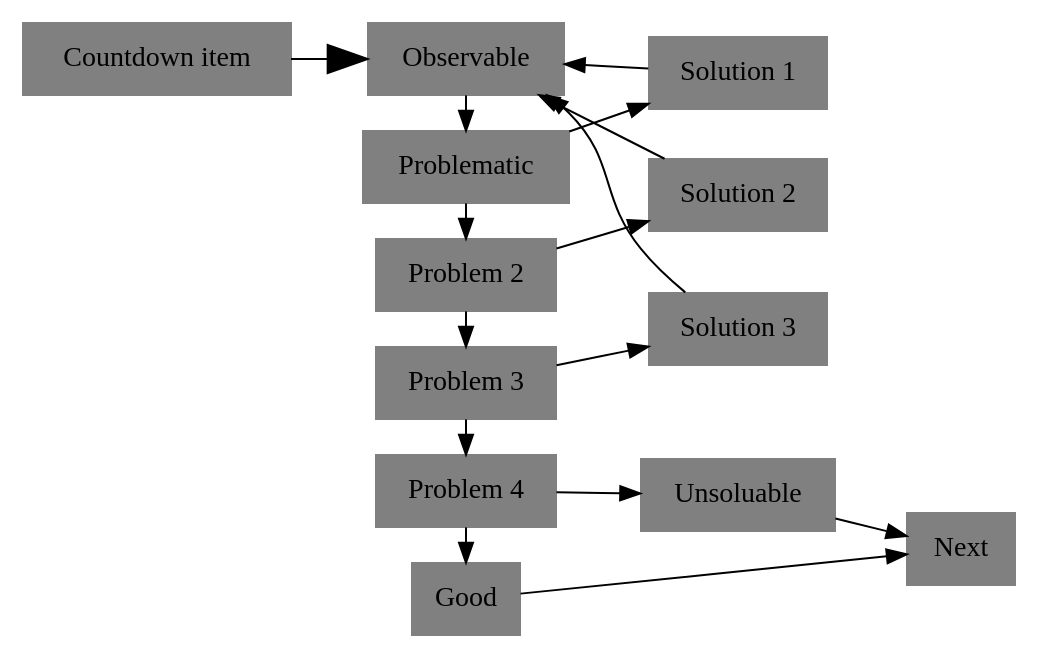
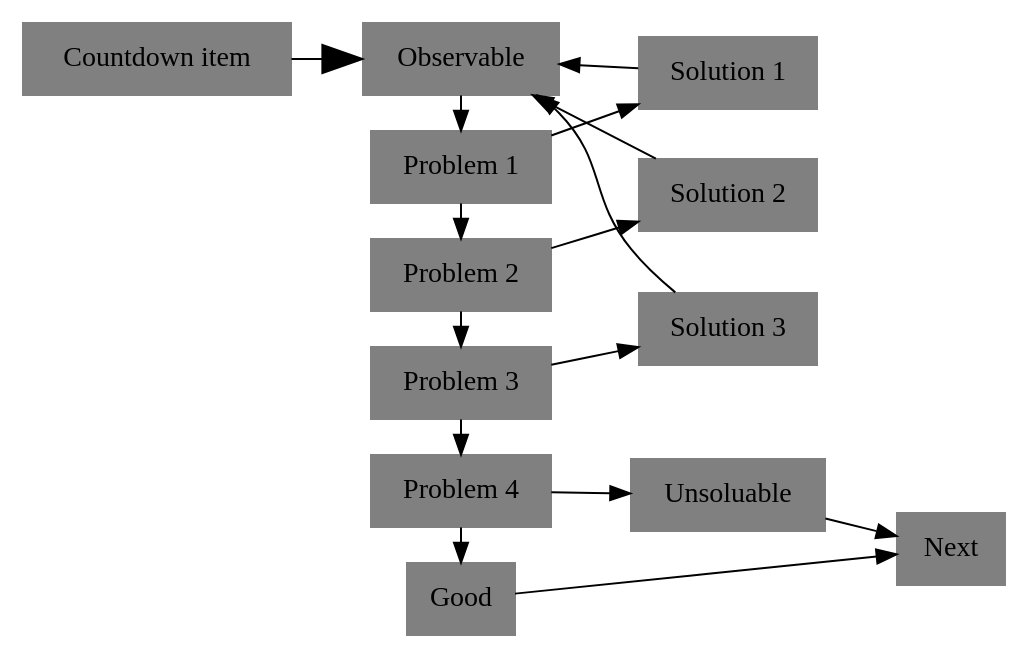
The diagram in base.dot (douglase/decision_tree_template), drawn with Graphviz before and after one commit.

Commit message:
removed extra node

```diff
--- a/base.dot
+++ b/base.dot
@@ -1,55 +1,54 @@
 /*Orignal layout, Graphviz template courtesy Ian Darwin and Geoff Collyer, Softquad Inc. http://www.graphviz.org/Gallery/directed/unix.gv.txt
 
 multiline formatting is latex embedded: https://groups.google.com/forum/#!topic/dot2tex-users/nAQ2SwRxH6s
 
 the rank same formatting keyword to line up problems was found on: http://www.graphviz.org/content/generate-directory-tree-dot
 
 see README for dependencies and processing info.
 */
 
 
 digraph tree {
 	/*size="6,4";*/
 	rankdir=LR;
 	minit=100;
 	maxiter=1000;
 	fixedsize=true;
 	/*nodesep=0.5;		*/	
 	node [color=gray, style=filled,shape=box];
 	/* Countdown Item # and name:*/
 	"Countdown item" -> "Observable"[arrowsize=2, weight=2.];
 	/*Observable, i.e. PSF quality */
 
 	/*define the observable, problems and solutions:*/
 	"Observable"  [texlbl="\parbox{3cm}{Observable:\\Criteria\\More Criteria}"];
 	"Problem 1"  [texlbl="\parbox{3cm}{1\\ Criteria not met}"];
 	"Problem 2"  [texlbl="\parbox{3cm}{2\\ Criteria not met}"];
 	"Problem 3"  [texlbl="\parbox{3cm}{3 \\ Criteria not met}"];
 	"Problem 4"  [texlbl="\parbox{3cm}{3 \\ Criteria not met}"];
 	"Solution 1"  [texlbl="\parbox{3cm}{A fix}"];
 	"Solution 3"  [texlbl="\parbox{3cm}{Another fix}"];
 	"Solution 2"  [texlbl="\parbox{3cm}{try this}"];
 
 	/*draw connections*/
 
 	/* first list the problems as a single column:*/
 	{
 	rank=same;	     
 	"Observable" -> "Problem 1" -> "Problem 2" -> "Problem 3" -> "Problem 4"->"Good"[style="-triangle 90"]
 	}
 	"Good" -> "Next";
 
 	 /* Connect problems to solutopns Try to keep to one solution per problem, 
 	 and after each solution check that it worked by returning to the observble before continuing
 	 define names above, use this section just to change the number of problems and solutions */
 
-	"Problem 1" [label="Problematic"][arrowsize=.5, weight=2.]; 
 	"Problem 1" -> "Solution 1"[style="-triangle 90"];
 	"Problem 2" -> "Solution 2"[style="-triangle 90"];
 	"Problem 3" -> "Solution 3"[style="-triangle 90"];
 	"Problem 4" -> "Unsoluable"[style="-triangle 90"];
 	"Solution 1" -> "Observable"[style="-triangle 90"];
 	"Solution 2" -> "Observable"[style="-triangle 90"];
 	"Solution 3" -> "Observable"[style="-triangle 90"];
 	"Unsoluable" -> "Next";
 }
```
